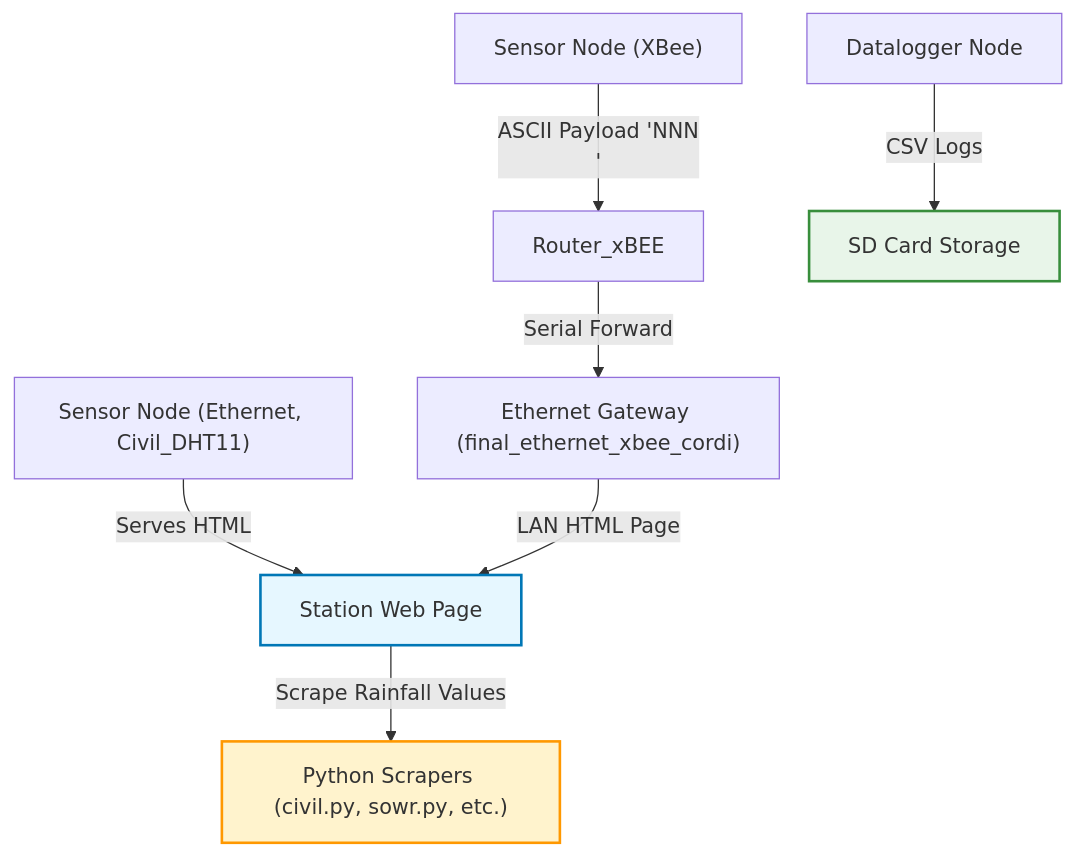
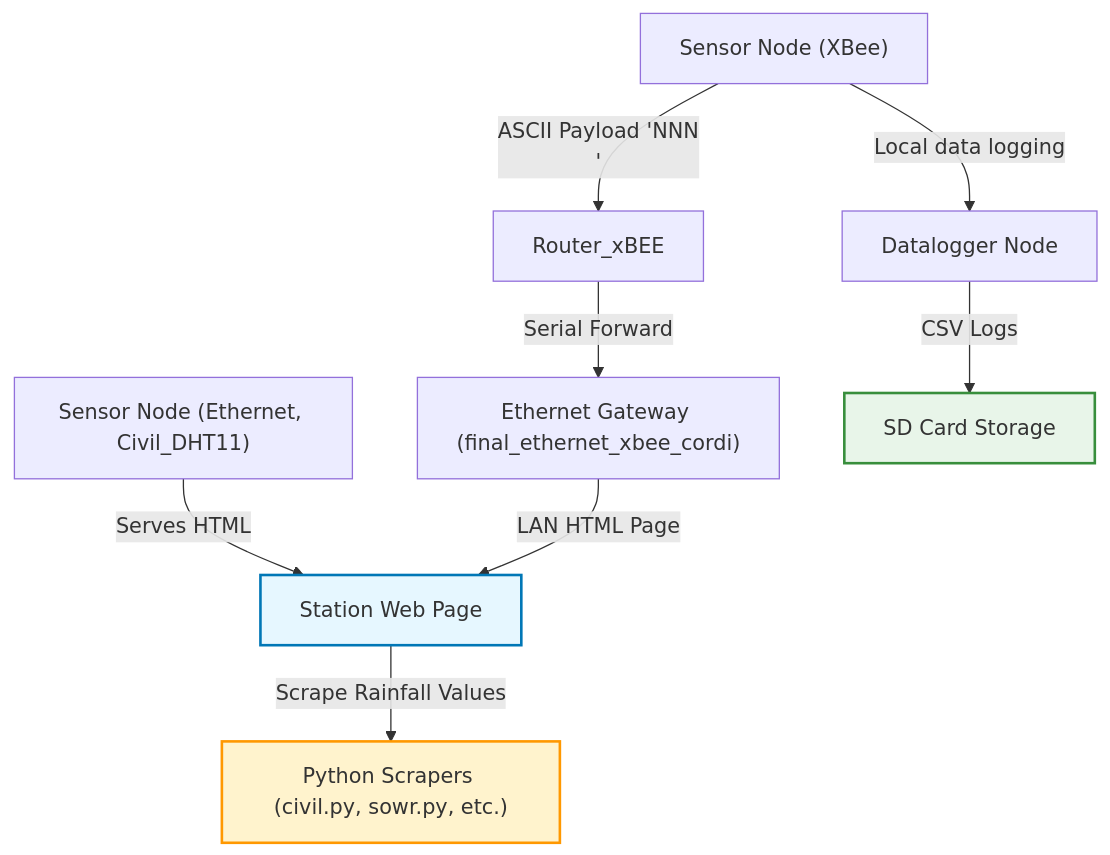
The diagram in README.md (aceacedey/Arduino_Wireless_Sensor_Network_Rainfall-Runoff_Measurement), drawn with Mermaid before and after one commit. The commit also changed other lines of this file, not shown here.

````diff
--- a/README.md
+++ b/README.md
@@ -105,15 +105,15 @@
 ```mermaid
 flowchart TD
     A["Sensor Node (Ethernet, Civil_DHT11)"] -->|Serves HTML| B[Station Web Page]
     A2["Sensor Node (XBee)"] -->|ASCII Payload 'NNN\n'| C[Router_xBEE]
     C -->|Serial Forward| D["Ethernet Gateway (final_ethernet_xbee_cordi)"]
     D -->|LAN HTML Page| B
-
+    
     B -->|Scrape Rainfall Values| E["Python Scrapers (civil.py, sowr.py, etc.)"]
     A3[Datalogger Node] -->|CSV Logs| F[SD Card Storage]
-
+    A2 -->|Local data logging|A3
     style B fill:#e6f7ff,stroke:#0077b6,stroke-width:2px
     style E fill:#fff3cd,stroke:#ff9800,stroke-width:2px
     style F fill:#e8f5e9,stroke:#388e3c,stroke-width:2px
 
 ```
````
